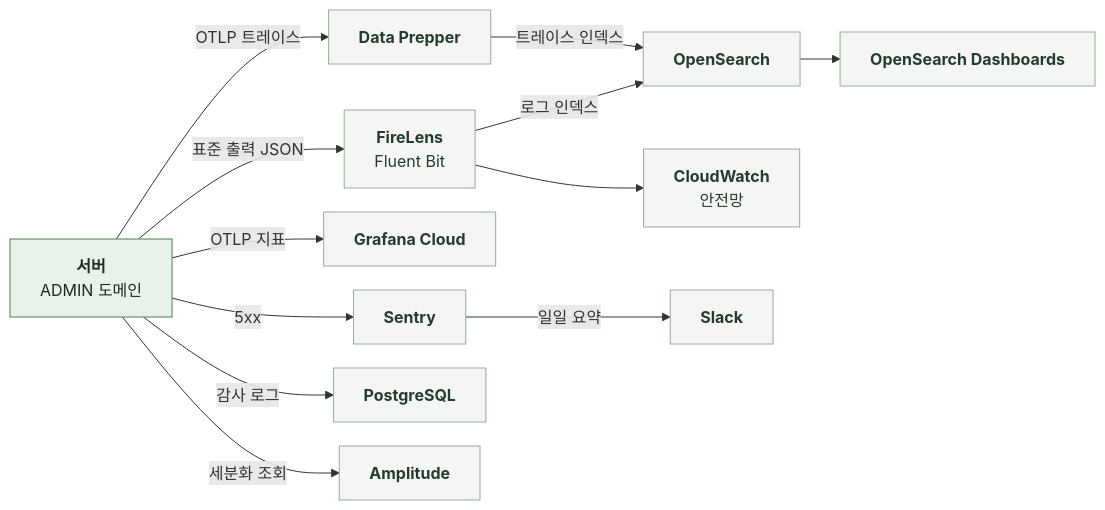
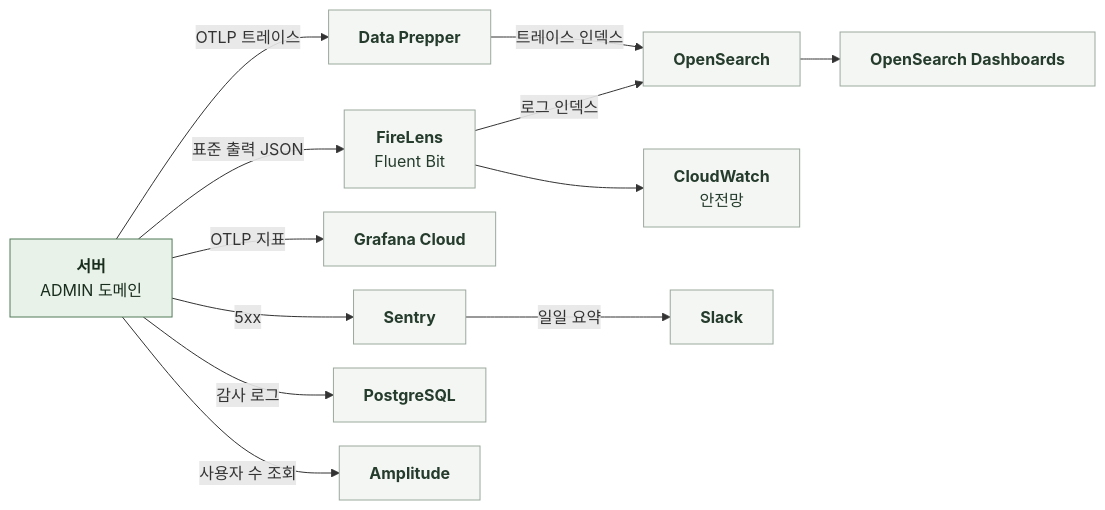
Before and after one commit to KIM-N-KANG/knk-harness: the diagram in docs/domain/ADMIN/BACKEND/5-4-OBSERVABILITY.md, drawn with Mermaid. The commit also changed other lines of this file and 8 other files, not shown here.

Commit message:
[KNK-1728] Docs: Amplitude 지표를 활성·신규 사용자 수 API로 조회하도록 수정

````diff
--- a/docs/domain/ADMIN/BACKEND/5-4-OBSERVABILITY.md
+++ b/docs/domain/ADMIN/BACKEND/5-4-OBSERVABILITY.md
@@ -11,23 +11,23 @@
 ```mermaid
 %%{init: {"flowchart": {"curve": "basis", "nodeSpacing": 24, "rankSpacing": 40}}}%%
 flowchart LR
     S["`**서버**
 ADMIN 도메인`"]
     S -->|표준 출력 JSON| F["`**FireLens**
 Fluent Bit`"]
     F -->|로그 인덱스| OS["`**OpenSearch**`"]
     F --> CW["`**CloudWatch**
 안전망`"]
     S -->|OTLP 트레이스| DP["`**Data Prepper**`"]
     DP -->|트레이스 인덱스| OS
     OS --> OD["`**OpenSearch Dashboards**`"]
     S -->|OTLP 지표| G["`**Grafana Cloud**`"]
     S -->|5xx| SE["`**Sentry**`"]
     SE -->|일일 요약| SL["`**Slack**`"]
     S -->|감사 로그| DB["`**PostgreSQL**`"]
-    S -->|세분화 조회| AM["`**Amplitude**`"]
+    S -->|사용자 수 조회| AM["`**Amplitude**`"]
     classDef comp fill:#E8F2E8,stroke:#527A59,color:#182D1D
     classDef ext fill:#F4F6F4,stroke:#9BA99E,color:#253C2C
     class S comp
     class F,OS,CW,DP,OD,G,SE,SL,DB,AM ext
 ```
````
